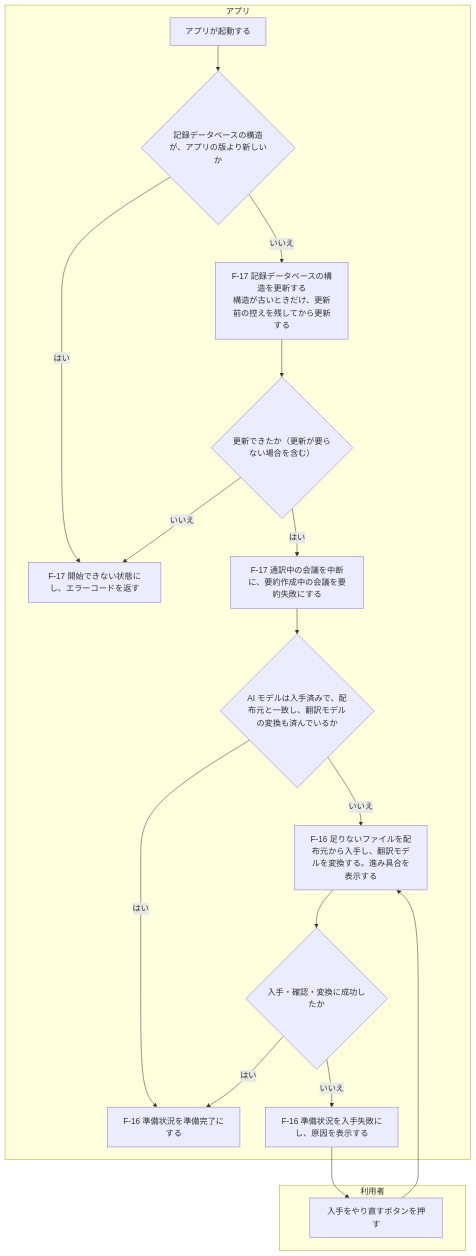
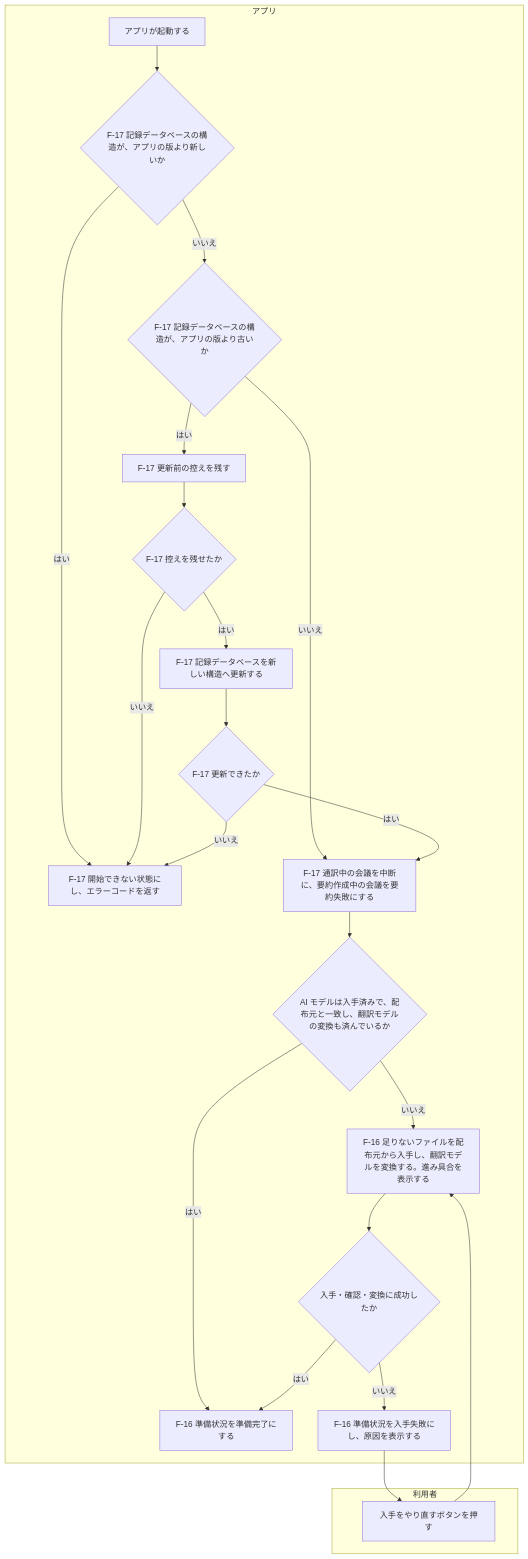
The fourth of 4 diagrams in ai_generated/basic_design/functional.md (toshiakimamada-blip/mmd), drawn with Mermaid before and after one commit. The commit also changed other lines of this file and 7 other files, not shown here.

````diff
--- a/ai_generated/basic_design/functional.md
+++ b/ai_generated/basic_design/functional.md
@@ -212,33 +212,41 @@
 ```mermaid
 flowchart TD
     subgraph A["アプリ"]
         D1["アプリが起動する"]
-        D8{"記録データベースの構造が、アプリの版より新しいか"}
-        D9["F-17 記録データベースの構造を更新する<br>構造が古いときだけ、更新前の控えを残してから更新する"]
-        D10{"更新できたか（更新が要らない場合を含む）"}
+        D8{"F-17 記録データベースの構造が、アプリの版より新しいか"}
+        D12{"F-17 記録データベースの構造が、アプリの版より古いか"}
+        D13["F-17 更新前の控えを残す"]
+        D14{"F-17 控えを残せたか"}
+        D9["F-17 記録データベースを新しい構造へ更新する"]
+        D10{"F-17 更新できたか"}
         D11["F-17 開始できない状態にし、エラーコードを返す"]
         D2["F-17 通訳中の会議を中断に、要約作成中の会議を要約失敗にする"]
         D3{"AI モデルは入手済みで、配布元と一致し、翻訳モデルの変換も済んでいるか"}
         D4["F-16 準備状況を準備完了にする"]
         D5["F-16 足りないファイルを配布元から入手し、翻訳モデルを変換する。進み具合を表示する"]
         D6{"入手・確認・変換に成功したか"}
         D7["F-16 準備状況を入手失敗にし、原因を表示する"]
     end
     subgraph U["利用者"]
         X1["入手をやり直すボタンを押す"]
     end
     D1 --> D8
     D8 -- "はい" --> D11
-    D8 -- "いいえ" --> D9
+    D8 -- "いいえ" --> D12
+    D12 -- "いいえ" --> D2
+    D12 -- "はい" --> D13
+    D13 --> D14
+    D14 -- "いいえ" --> D11
+    D14 -- "はい" --> D9
     D9 --> D10
     D10 -- "いいえ" --> D11
     D10 -- "はい" --> D2
     D2 --> D3
     D3 -- "はい" --> D4
     D3 -- "いいえ" --> D5
     D5 --> D6
     D6 -- "はい" --> D4
     D6 -- "いいえ" --> D7
     D7 --> X1
     X1 --> D5
 ```
````
